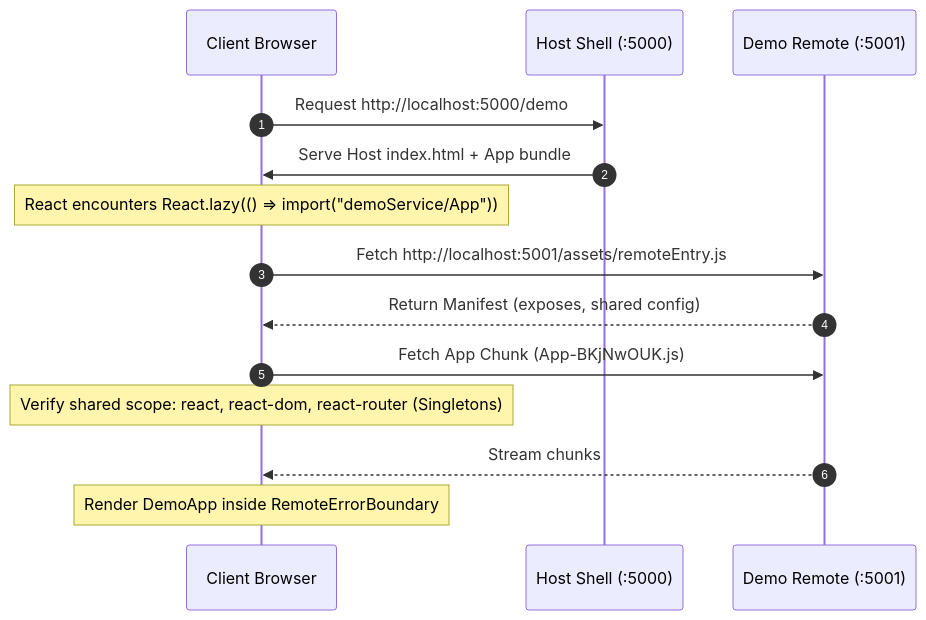
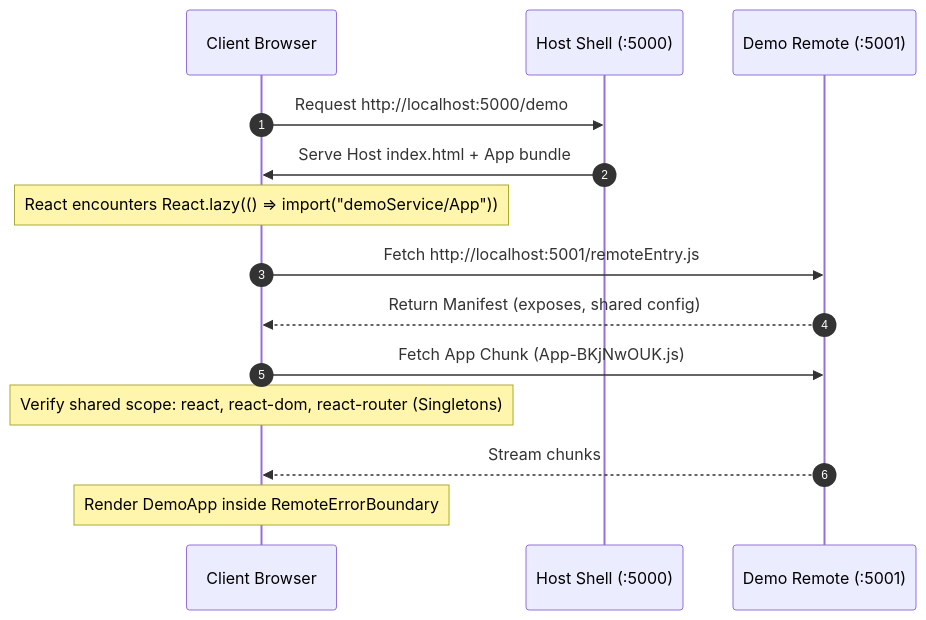
One commit to SubrataRoy100/react-vite-mfe-starter changed the second of 2 diagrams in docs/v1.0.0_DOCUMENTATION.md. Above: the diagram before and after it, drawn with Mermaid. The commit also changed other lines of this file and 43 other files, not shown here.

````diff
--- a/docs/v1.0.0_DOCUMENTATION.md
+++ b/docs/v1.0.0_DOCUMENTATION.md
@@ -158,17 +158,17 @@
 ```mermaid
 sequenceDiagram
     autonumber
     participant Browser as Client Browser
     participant Host as Host Shell (:5000)
     participant Remote as Demo Remote (:5001)
 
     Browser->>Host: Request http://localhost:5000/demo
     Host->>Browser: Serve Host index.html + App bundle
     Note over Browser: React encounters React.lazy(() => import("demoService/App"))
-    Browser->>Remote: Fetch http://localhost:5001/assets/remoteEntry.js
+    Browser->>Remote: Fetch http://localhost:5001/remoteEntry.js
     Remote-->>Browser: Return Manifest (exposes, shared config)
     Browser->>Remote: Fetch App Chunk (App-BKjNwOUK.js)
     Note over Browser: Verify shared scope: react, react-dom, react-router (Singletons)
     Remote-->>Browser: Stream chunks
     Note over Browser: Render DemoApp inside RemoteErrorBoundary
 ```
````
